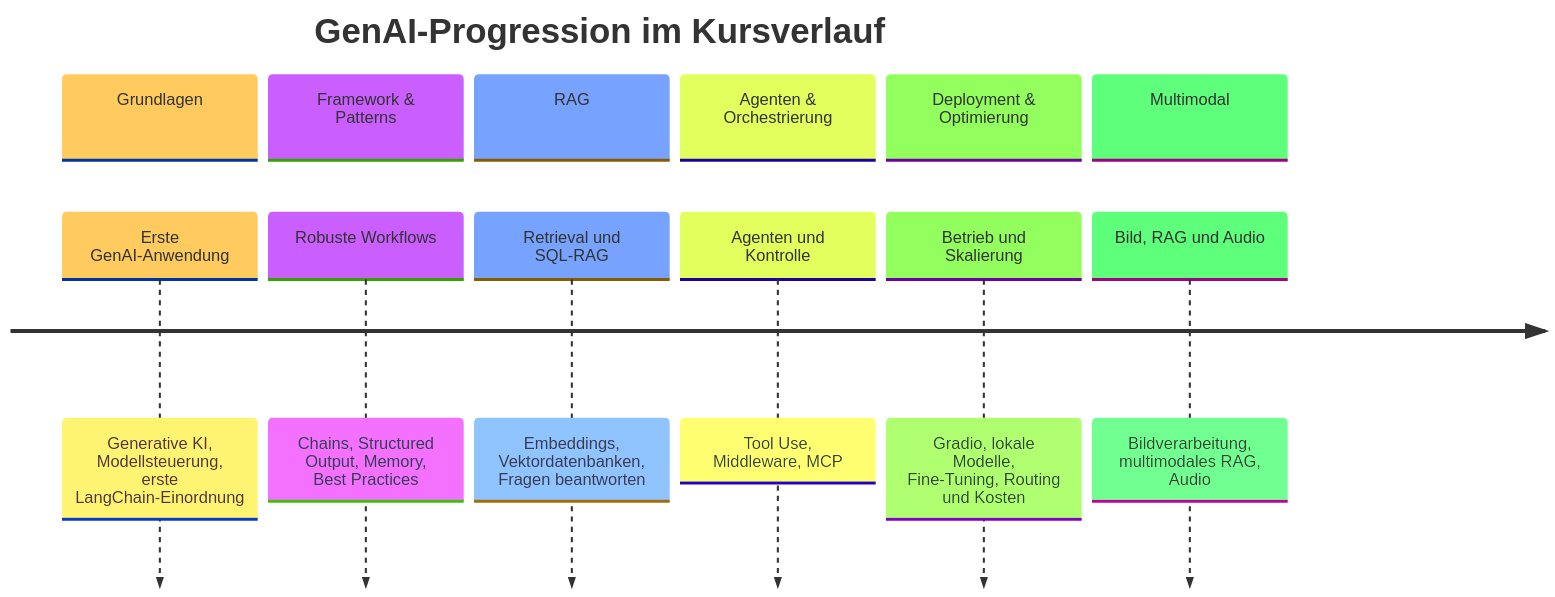
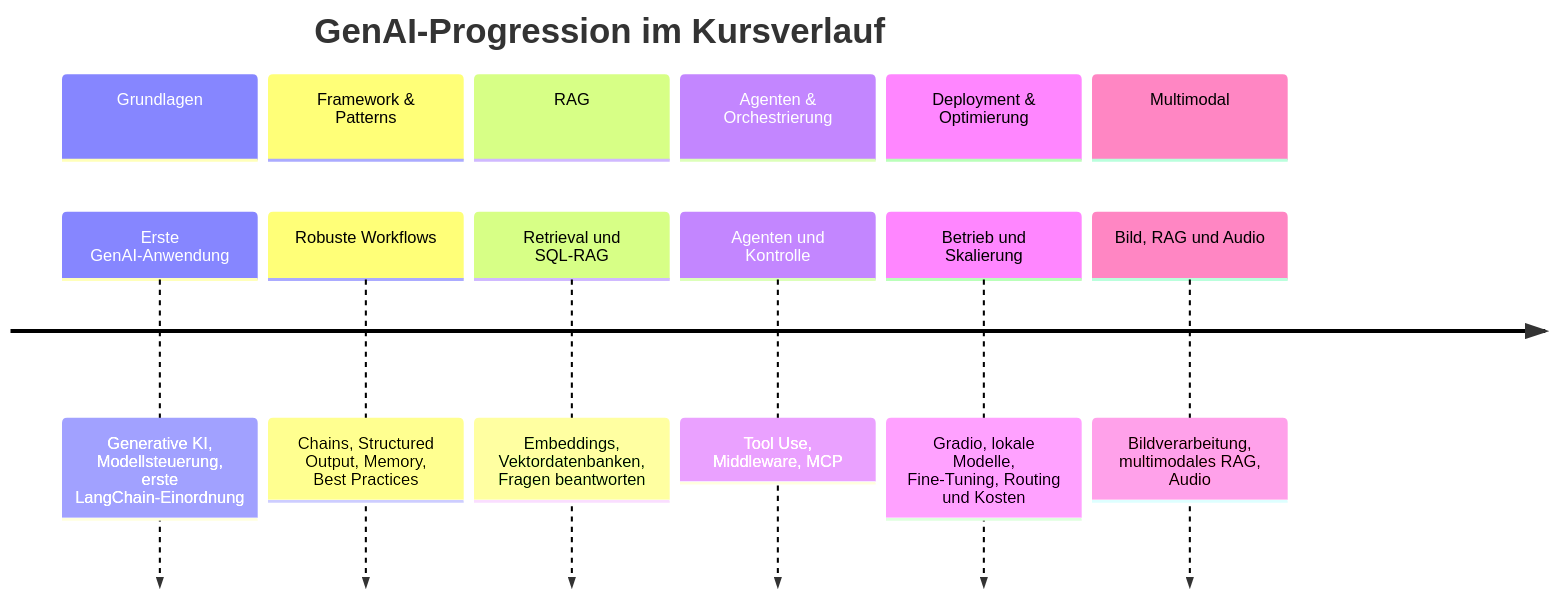
One commit to ralf-42/GenAI changed the diagram in docs/02-orientierung/kursueberblick.md. Above: the diagram before and after it, drawn with Mermaid. The commit also changed 50 other files, not shown here.

````diff
--- a/docs/02-orientierung/kursueberblick.md
+++ b/docs/02-orientierung/kursueberblick.md
@@ -73,29 +73,16 @@
 ```mermaid
----
-config:
-  theme: base
-  look: classic
-  themeVariables:
-    timelineLineColor: '#2e7d32'
-    sectionBkgColor: '#c8e6c9'
-    sectionTextColor: '#1b5e20'
-    containerBkgColor: '#f9f9f9'
-    taskBkgColor: '#e8f5e9'
-    taskTextColor: '#1b5e20'
----
-
 timeline
     title GenAI-Progression im Kursverlauf
     section Grundlagen
         Erste GenAI-Anwendung : Generative KI, Modellsteuerung, erste LangChain-Einordnung
     section Framework & Patterns
         Robuste Workflows     : Chains, Structured Output, Memory, Best Practices
     section RAG
         Retrieval und SQL-RAG : Embeddings, Vektordatenbanken, Fragen beantworten
     section Agenten & Orchestrierung
         Agenten und Kontrolle : Tool Use, Middleware, MCP
     section Deployment & Optimierung
         Betrieb und Skalierung : Gradio, lokale Modelle, Fine-Tuning, Routing und Kosten
     section Multimodal
         Bild, RAG und Audio   : Bildverarbeitung, multimodales RAG, Audio
 ```
````
